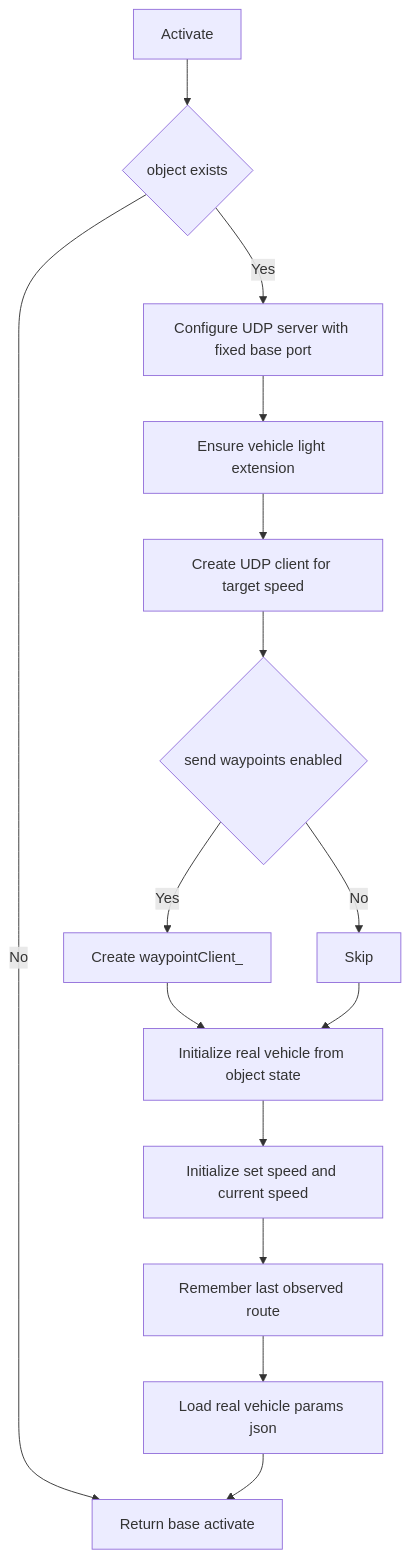
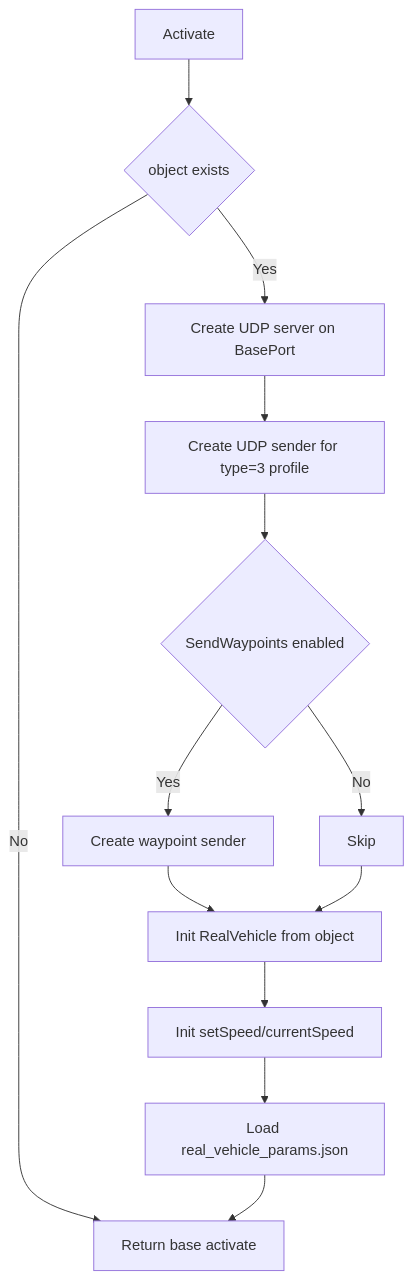
One commit to GT-karny/esmini changed the second of 5 diagrams in GT_esmini/docs/controller_real_driver_logic.md. Above: the diagram before and after it, drawn with Mermaid. The commit also changed other lines of this file and 5 other files, not shown here.

````diff
--- a/GT_esmini/docs/controller_real_driver_logic.md
+++ b/GT_esmini/docs/controller_real_driver_logic.md
@@ -58,17 +50,15 @@
 ```mermaid
 flowchart TD
     A[Activate] --> B{object exists}
     B -- No --> Z[Return base activate]
-    B -- Yes --> C[Configure UDP server with fixed base port]
-    C --> D[Ensure vehicle light extension]
-    D --> E[Create UDP client for target speed]
-    E --> F{send waypoints enabled}
-    F -- Yes --> G[Create waypointClient_]
-    F -- No --> H[Skip]
-    G --> I[Initialize real vehicle from object state]
-    H --> I
-    I --> J[Initialize set speed and current speed]
-    J --> K[Remember last observed route]
-    K --> L[Load real vehicle params json]
-    L --> Z
+    B -- Yes --> C[Create UDP server on BasePort]
+    C --> D[Create UDP sender for type=3 profile]
+    D --> E{SendWaypoints enabled}
+    E -- Yes --> F[Create waypoint sender]
+    E -- No --> G[Skip]
+    F --> H[Init RealVehicle from object]
+    G --> H
+    H --> I[Init setSpeed/currentSpeed]
+    I --> J[Load real_vehicle_params.json]
+    J --> Z
 ```
````
